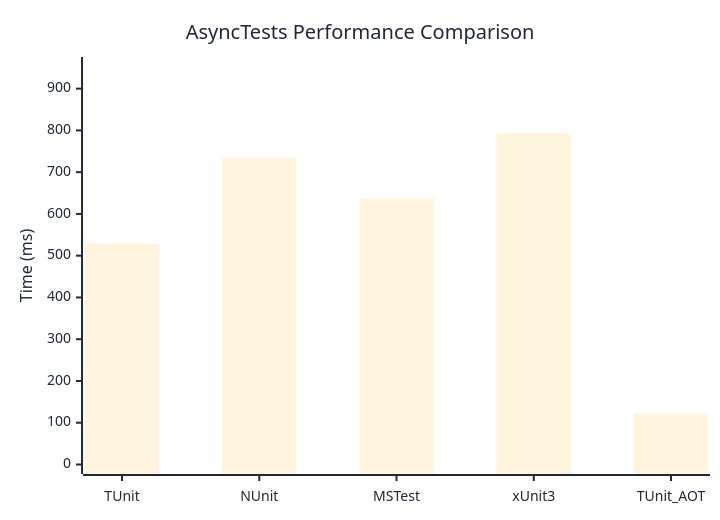
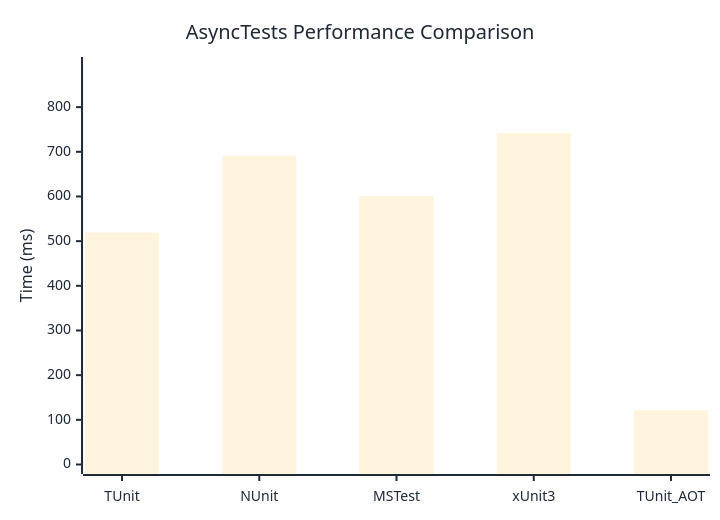
One commit to thomhurst/TUnit changed the diagram in docs/docs/benchmarks/AsyncTests.md. Above: the diagram before and after it, drawn with Mermaid. The commit also changed other lines of this file and 17 other files, not shown here.

````diff
--- a/docs/docs/benchmarks/AsyncTests.md
+++ b/docs/docs/benchmarks/AsyncTests.md
@@ -27,37 +27,37 @@
 ```mermaid
 %%{init: {
   'theme':'base',
   'themeVariables': {
     'primaryColor': '#2563eb',
     'primaryTextColor': '#1f2937',
     'primaryBorderColor': '#1e40af',
     'lineColor': '#6b7280',
     'secondaryColor': '#7c3aed',
     'tertiaryColor': '#dc2626',
     'background': '#ffffff',
     'mainBkg': '#2563eb',
     'secondBkg': '#7c3aed',
     'tertiaryBkg': '#dc2626',
     'clusterBkg': '#f3f4f6',
     'edgeLabelBackground': '#ffffff',
     'tertiaryTextColor': '#1f2937',
     'pie1': '#2563eb',
     'pie2': '#7c3aed',
     'pie3': '#dc2626',
     'pie4': '#f59e0b',
     'pie5': '#10b981',
     'pie6': '#06b6d4',
     'pie7': '#ec4899',
     'pie8': '#6366f1',
     'pie9': '#84cc16',
     'pie10': '#f97316',
     'pie11': '#14b8a6',
     'pie12': '#a855f7'
   }
 }}%%
 xychart-beta
   title "AsyncTests Performance Comparison"
   x-axis ["TUnit", "NUnit", "MSTest", "xUnit3", "TUnit_AOT"]
-  y-axis "Time (ms)" 0 --> 953
-  bar [529.3, 734.7, 637.5, 793.4, 122.4]
+  y-axis "Time (ms)" 0 --> 891
+  bar [519.2, 690.6, 600.9, 742.5, 121.6]
 ```
````
